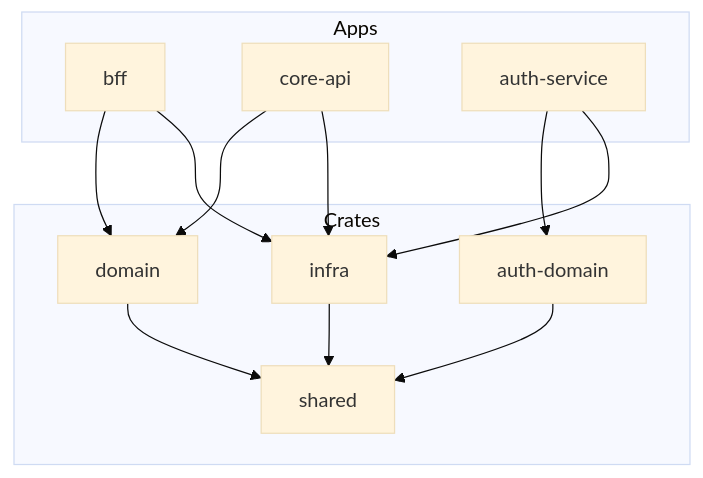
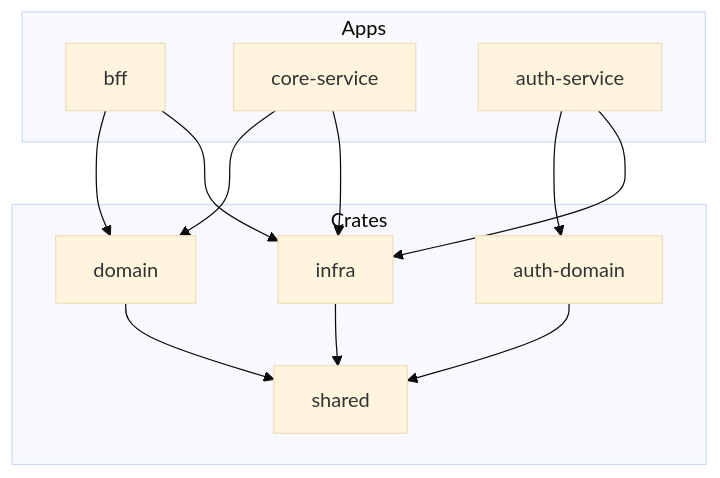
The sixth of 6 diagrams in docs/03_詳細設計書/08_AuthService設計.md (ka2kama/ringiflow), drawn with Mermaid (base theme) before and after one commit. The commit also changed other lines of this file and 55 other files, not shown here.

````diff
--- a/docs/03_詳細設計書/08_AuthService設計.md
+++ b/docs/03_詳細設計書/08_AuthService設計.md
@@ -478,25 +480,25 @@
 ```mermaid
 flowchart TB
     subgraph Apps
         BFF["bff"]
-        Core["core-api"]
+        Core["core-service"]
         Auth["auth-service"]
     end
 
     subgraph Crates
         Domain["domain"]
         Infra["infra"]
         AuthDomain["auth-domain"]
         Shared["shared"]
     end
 
     BFF --> Domain
     BFF --> Infra
     Core --> Domain
     Core --> Infra
     Auth --> AuthDomain
     Auth --> Infra
     AuthDomain --> Shared
     Domain --> Shared
     Infra --> Shared
 ```
````
